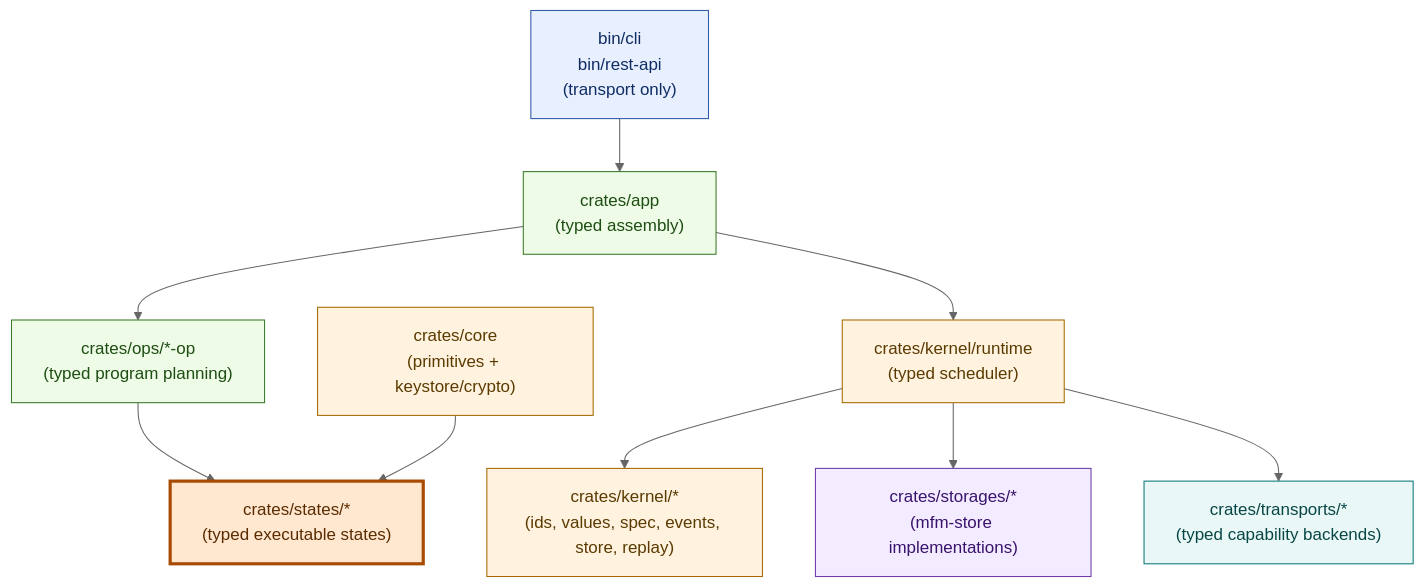
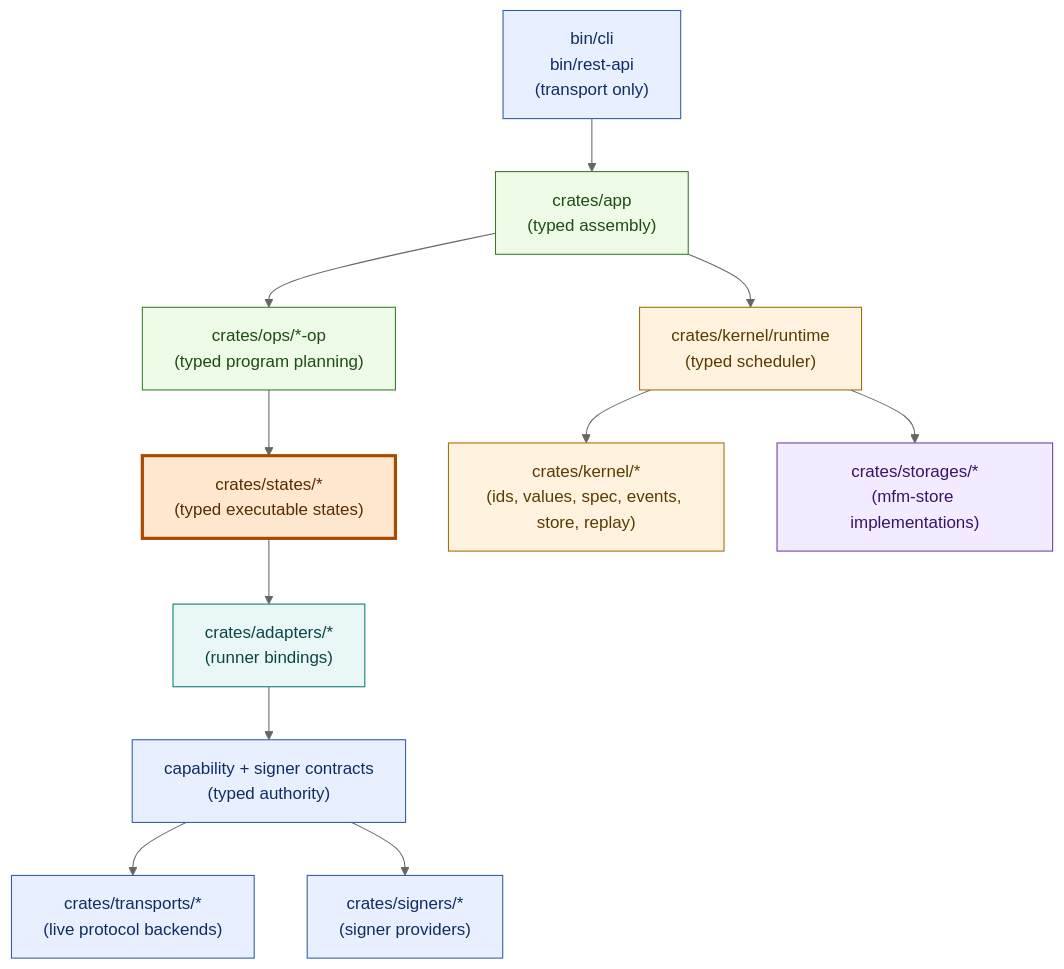
Before and after one commit to willyrgf/mfm: the diagram in README.md, drawn with Mermaid (neutral theme). The commit also changed other lines of this file and 11 other files, not shown here.

Commit message:
refact-arch: refresh architecture documentation

````diff
--- a/README.md
+++ b/README.md
@@ -9,25 +9,28 @@
 ```mermaid
 flowchart TD
     B["bin/cli<br/>bin/rest-api<br/>(transport only)"] --> A["crates/app<br/>(typed assembly)"]
     A --> O["crates/ops/*-op<br/>(typed program planning)"]
     O --> SH["crates/states/*<br/>(typed executable states)"]
+    SH --> AD["crates/adapters/*<br/>(runner bindings)"]
+    AD --> CAP["capability + signer contracts<br/>(typed authority)"]
+    CAP --> TP["crates/transports/*<br/>(live protocol backends)"]
+    CAP --> SG["crates/signers/*<br/>(signer providers)"]
     A --> R["crates/kernel/runtime<br/>(typed scheduler)"]
     R --> K["crates/kernel/*<br/>(ids, values, spec, events, store, replay)"]
     R --> ST["crates/storages/*<br/>(mfm-store implementations)"]
-    R --> TP["crates/transports/*<br/>(typed capability backends)"]
-    C["crates/core<br/>(primitives + keystore/crypto)"] --> SH
 
     classDef transport fill:#e8f0ff,stroke:#2f5aa8,color:#0f2d63,stroke-width:1px;
     classDef orchestration fill:#eefbe7,stroke:#3a7a2a,color:#1d4d12,stroke-width:1px;
     classDef statecore fill:#ffe8cf,stroke:#a84b00,color:#5a2b00,stroke-width:3px;
     classDef engine fill:#fff3df,stroke:#a66a00,color:#5a3a00,stroke-width:1px;
     classDef storage fill:#f3ebff,stroke:#6d3da8,color:#39136b,stroke-width:1px;
     classDef adapter fill:#e9f8f7,stroke:#0d7a77,color:#084645,stroke-width:1px;
 
     class B transport;
     class A,O orchestration;
     class SH statecore;
-    class R,K,C engine;
+    class R,K engine;
     class ST storage;
-    class TP adapter;
+    class AD adapter;
+    class CAP,TP,SG transport;
 ```
````
